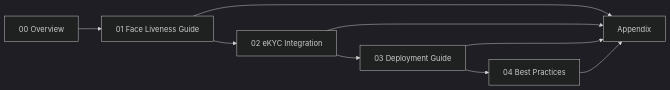
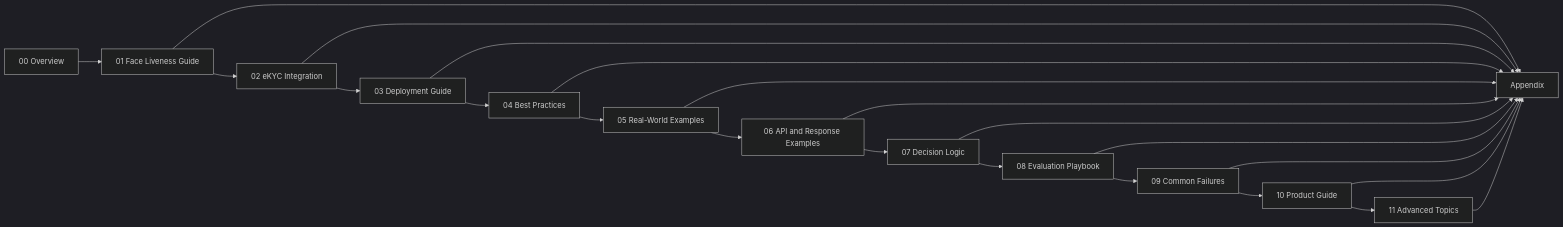
The diagram in docs/index.md (Nivratti/ekyc-face-liveness-playbook), drawn with Mermaid (dark theme) before and after one commit. The commit also changed other lines of this file and 12 other files, not shown here.

Commit message:
docs: add practical playbook pages for examples, API patterns, decisions, evaluation, failures, product, and advanced topics

````diff
--- a/docs/index.md
+++ b/docs/index.md
@@ -43,11 +50,25 @@
 ```mermaid
 flowchart LR
     A[00 Overview] --> B[01 Face Liveness Guide]
     B --> C[02 eKYC Integration]
     C --> D[03 Deployment Guide]
     D --> E[04 Best Practices]
+    E --> G[05 Real-World Examples]
+    G --> H[06 API and Response Examples]
+    H --> I[07 Decision Logic]
+    I --> J[08 Evaluation Playbook]
+    J --> K[09 Common Failures]
+    K --> L[10 Product Guide]
+    L --> M[11 Advanced Topics]
     B --> F[Appendix]
     C --> F
     D --> F
     E --> F
+    G --> F
+    H --> F
+    I --> F
+    J --> F
+    K --> F
+    L --> F
+    M --> F
 ```
````
